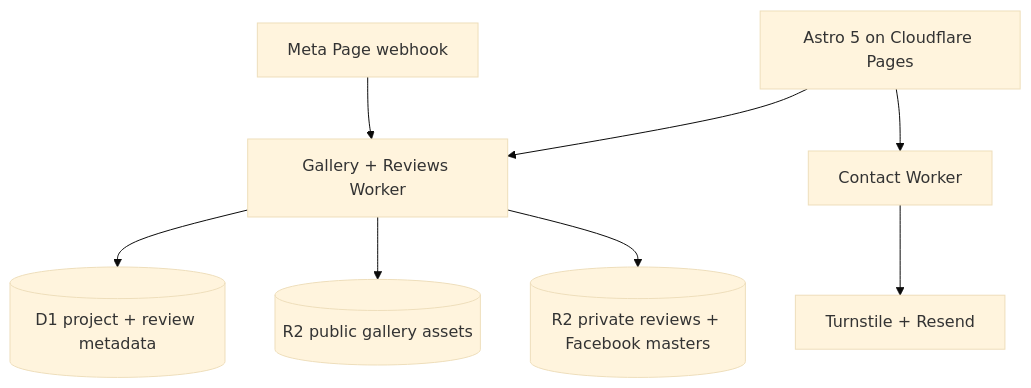
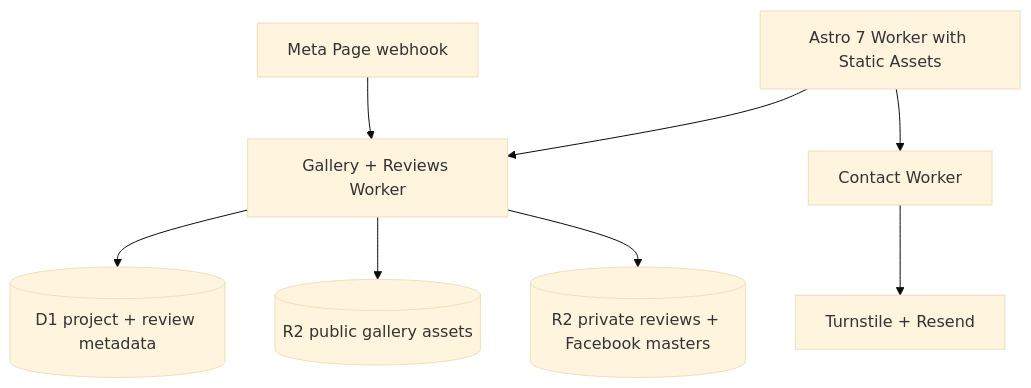
Before and after one commit to joshua-werlein/kilConstruction: the diagram in README.md, drawn with Mermaid (base theme). The commit also changed other lines of this file and 35 other files, not shown here.

First line of the commit message:
feat: migrate site to Astro 7 on Cloudflare Workers Static Assets

````diff
--- a/README.md
+++ b/README.md
@@ -39,10 +39,10 @@
 ```mermaid
 flowchart TB
-    A[Astro 5 on Cloudflare Pages] --> B[Gallery + Reviews Worker]
+    A[Astro 7 Worker with Static Assets] --> B[Gallery + Reviews Worker]
     A --> C[Contact Worker]
     B --> D[(D1 project + review metadata)]
     B --> E[(R2 public gallery assets)]
     B --> F[(R2 private reviews + Facebook masters)]
     C --> G[Turnstile + Resend]
     H[Meta Page webhook] --> B
 ```
````
